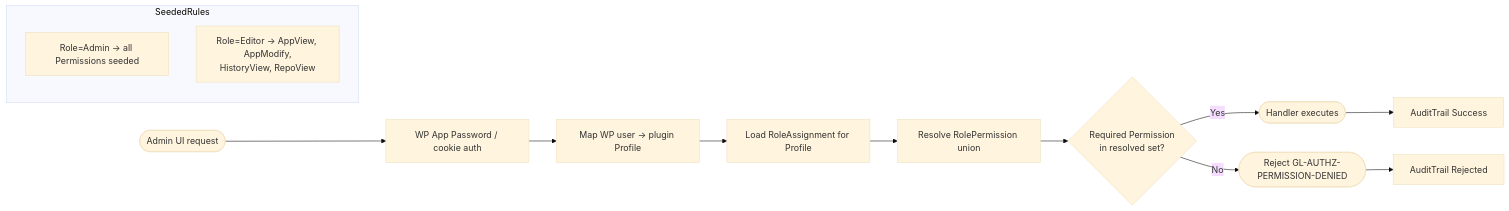
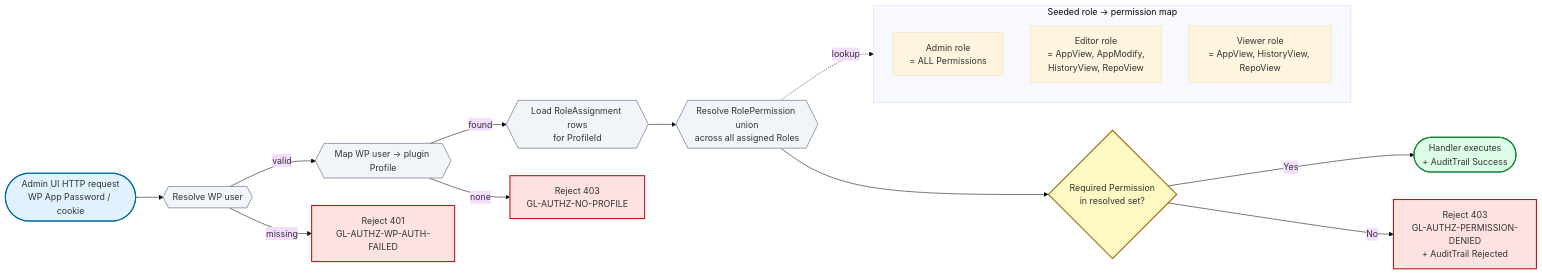
One commit to alimtvnetwork/wp-git-log-v3 changed the diagram in spec/26-gitlogs-diagrams/06-permission-flow.mmd. Above: the diagram before and after it, drawn with Mermaid (base theme).

```diff
--- a/spec/26-gitlogs-diagrams/06-permission-flow.mmd
+++ b/spec/26-gitlogs-diagrams/06-permission-flow.mmd
@@ -1,15 +1,36 @@
+%% Diagram type: flowchart LR (NOT an ER diagram)
+%% What this answers: "When a request hits the Admin UI, how do we decide
+%%   whether it's allowed? Walk: WP user -> plugin Profile -> Roles ->
+%%   Permission union -> required-permission check -> allow or deny."
+%% Authoritative source: spec/22-git-logs-v2/05-auth-and-validation.md
+%%                       spec/22-git-logs-v2/19-permission-matrix.md
+
 flowchart LR
-    Req([Admin UI request]) --> WP[WP App Password / cookie auth]
-    WP --> Map[Map WP user -> plugin Profile]
-    Map --> Roles[Load RoleAssignment for Profile]
-    Roles --> Perms[Resolve RolePermission union]
-    Perms --> Check{Required Permission<br/>in resolved set?}
-    Check -- Yes --> Allow([Handler executes])
-    Check -- No  --> Deny([Reject GL-AUTHZ-PERMISSION-DENIED])
-    Allow --> Audit1[AuditTrail Success]
-    Deny  --> Audit2[AuditTrail Rejected]
+    Req([Admin UI HTTP request<br/>WP App Password / cookie]):::input
+    Req --> WP{{Resolve WP user}}:::step
+    WP -->|valid| Map{{Map WP user -> plugin Profile}}:::step
+    WP -->|missing| D1[Reject 401<br/>GL-AUTHZ-WP-AUTH-FAILED]:::deny
 
-    subgraph SeededRules
-      AdminRow[Role=Admin -> all Permissions seeded]
-      EditorRow[Role=Editor -> AppView, AppModify,<br/>HistoryView, RepoView]
+    Map -->|found| Roles{{Load RoleAssignment rows<br/>for ProfileId}}:::step
+    Map -->|none| D2[Reject 403<br/>GL-AUTHZ-NO-PROFILE]:::deny
+
+    Roles --> Perms{{Resolve RolePermission union<br/>across all assigned Roles}}:::step
+    Perms --> Check{Required Permission<br/>in resolved set?}:::decision
+
+    Check -- Yes --> Handler([Handler executes<br/>+ AuditTrail Success]):::allow
+    Check -- No  --> D3[Reject 403<br/>GL-AUTHZ-PERMISSION-DENIED<br/>+ AuditTrail Rejected]:::deny
+
+    subgraph Seed[Seeded role -> permission map]
+        direction TB
+        Admin[Admin role<br/>= ALL Permissions]
+        Editor[Editor role<br/>= AppView, AppModify,<br/>HistoryView, RepoView]
+        Viewer[Viewer role<br/>= AppView, HistoryView, RepoView]
     end
+
+    Perms -.lookup.-> Seed
+
+    classDef input  fill:#e0f2fe,stroke:#0369a1,stroke-width:2px;
+    classDef step   fill:#f1f5f9,stroke:#475569;
+    classDef decision fill:#fef9c3,stroke:#a16207,stroke-width:2px;
+    classDef allow  fill:#dcfce7,stroke:#15803d,stroke-width:2px;
+    classDef deny   fill:#fee2e2,stroke:#b91c1c,stroke-width:2px;
```
